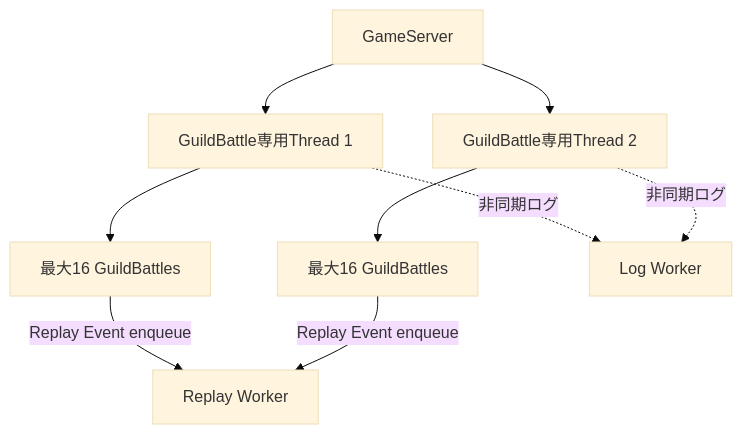
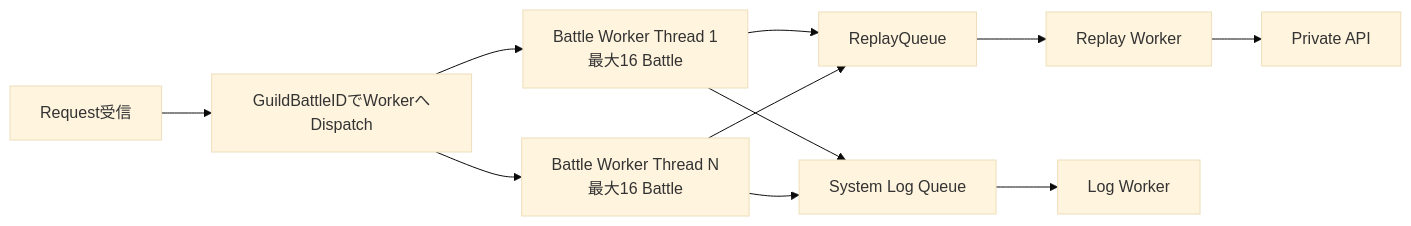
One commit to ReHydrangeaOdyssey/Specifications changed the second of 3 diagrams in design/programming/server/game_server.md. Above: the diagram before and after it, drawn with Mermaid (base theme). The commit also changed other lines of this file and 35 other files, not shown here.

````diff
--- a/design/programming/server/game_server.md
+++ b/design/programming/server/game_server.md
@@ -80,17 +75,13 @@
 ```mermaid
-flowchart TB
-    GS[GameServer]
-    T1[GuildBattle専用Thread 1]
-    T2[GuildBattle専用Thread 2]
-    B1[最大16 GuildBattles]
-    B2[最大16 GuildBattles]
-    RW[Replay Worker]
-    LW[Log Worker]
-
-    GS --> T1 --> B1
-    GS --> T2 --> B2
-    B1 -->|Replay Event enqueue| RW
-    B2 -->|Replay Event enqueue| RW
-    T1 -. 非同期ログ .-> LW
-    T2 -. 非同期ログ .-> LW
+flowchart LR
+    Net[Request受信] --> Dispatch[GuildBattleIDでWorkerへDispatch]
+    Dispatch --> W1[Battle Worker Thread 1\n最大16 Battle]
+    Dispatch --> W2[Battle Worker Thread N\n最大16 Battle]
+    W1 --> RQ[ReplayQueue]
+    W1 --> LQ[System Log Queue]
+    W2 --> RQ
+    W2 --> LQ
+    RQ --> RW[Replay Worker]
+    LQ --> LW[Log Worker]
+    RW --> Private[Private API]
 ```
````
